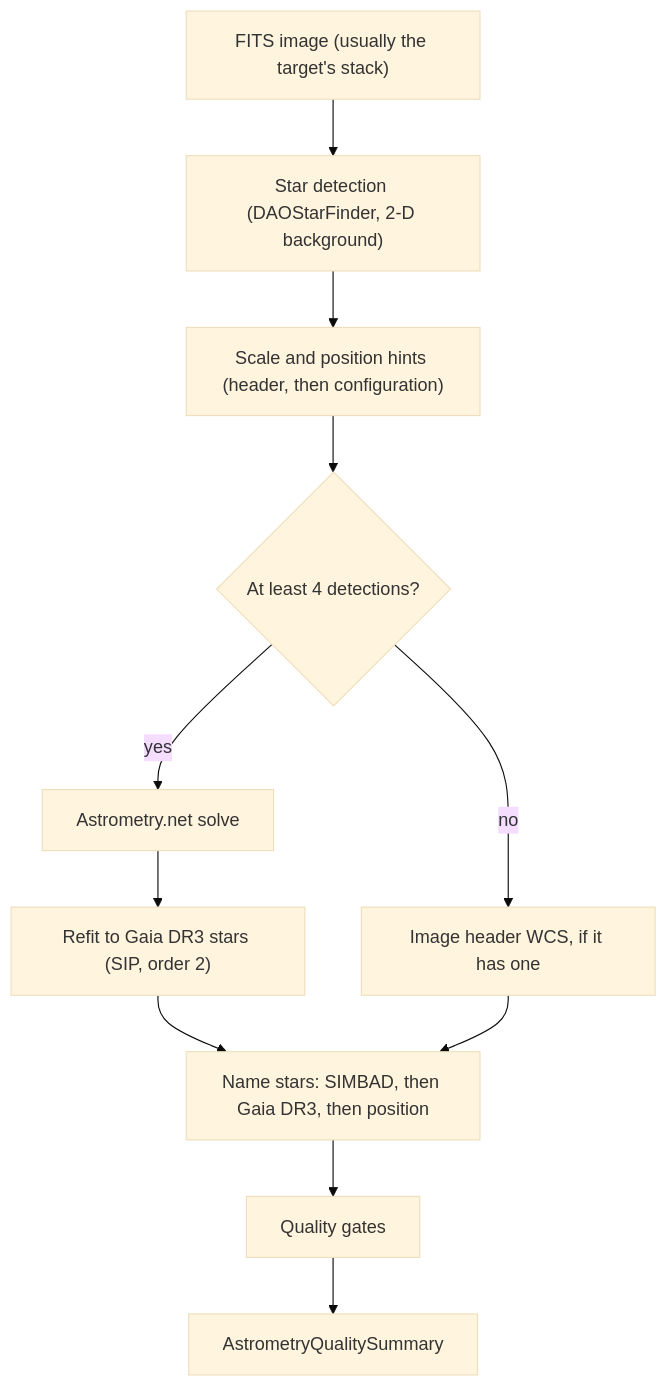
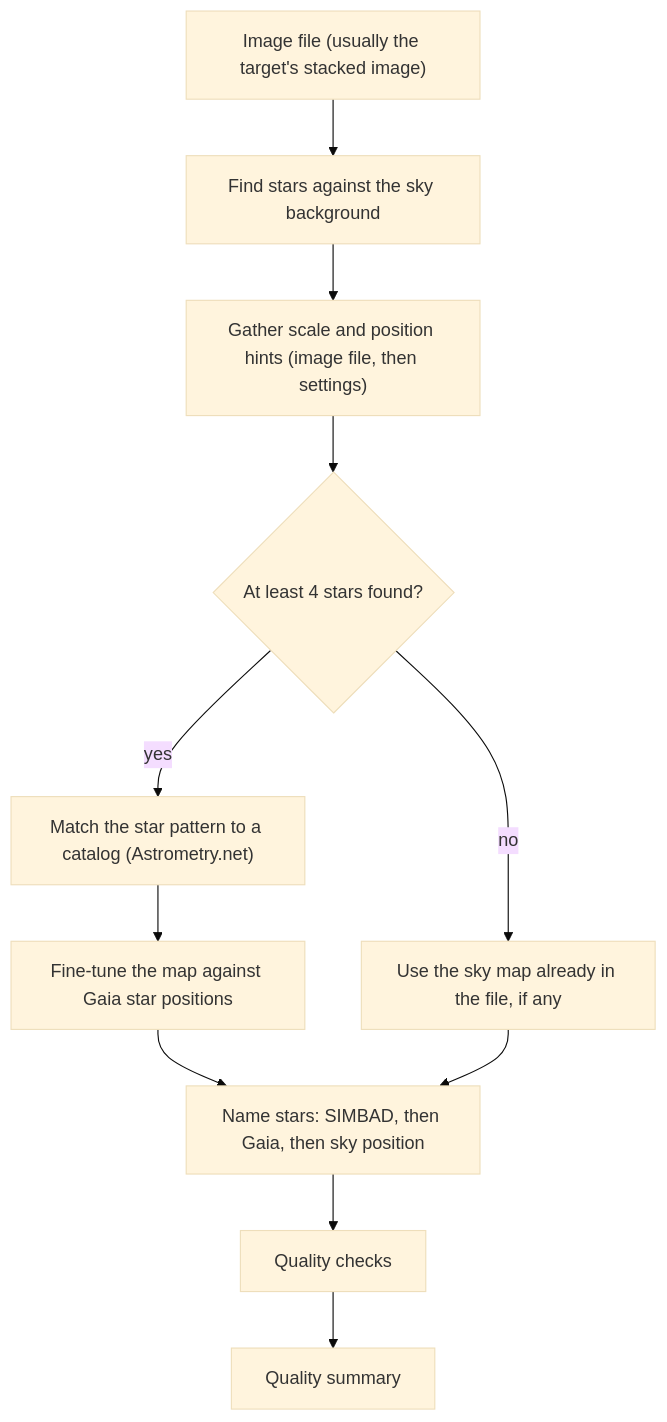
One commit to m1chae2/astrometrics changed the diagram in documentation/library_design/pipelines/astrometry.md. Above: the diagram before and after it, drawn with Mermaid (base theme). The commit also changed other lines of this file and 37 other files, not shown here.

````diff
--- a/documentation/library_design/pipelines/astrometry.md
+++ b/documentation/library_design/pipelines/astrometry.md
@@ -22,13 +45,13 @@
 ```mermaid
 flowchart TD
-    A["FITS image (usually the target's stack)"] --> B["Star detection (DAOStarFinder, 2-D background)"]
-    B --> C["Scale and position hints (header, then configuration)"]
-    C --> D{"At least 4 detections?"}
-    D -- yes --> E["Astrometry.net solve"]
-    D -- no --> F["Image header WCS, if it has one"]
-    E --> G["Refit to Gaia DR3 stars (SIP, order 2)"]
-    G --> H["Name stars: SIMBAD, then Gaia DR3, then position"]
+    A["Image file (usually the target's stacked image)"] --> B["Find stars against the sky background"]
+    B --> C["Gather scale and position hints (image file, then settings)"]
+    C --> D{"At least 4 stars found?"}
+    D -- yes --> E["Match the star pattern to a catalog (Astrometry.net)"]
+    D -- no --> F["Use the sky map already in the file, if any"]
+    E --> G["Fine-tune the map against Gaia star positions"]
+    G --> H["Name stars: SIMBAD, then Gaia, then sky position"]
     F --> H
-    H --> I["Quality gates"]
-    I --> J["AstrometryQualitySummary"]
+    H --> I["Quality checks"]
+    I --> J["Quality summary"]
 ```
````
